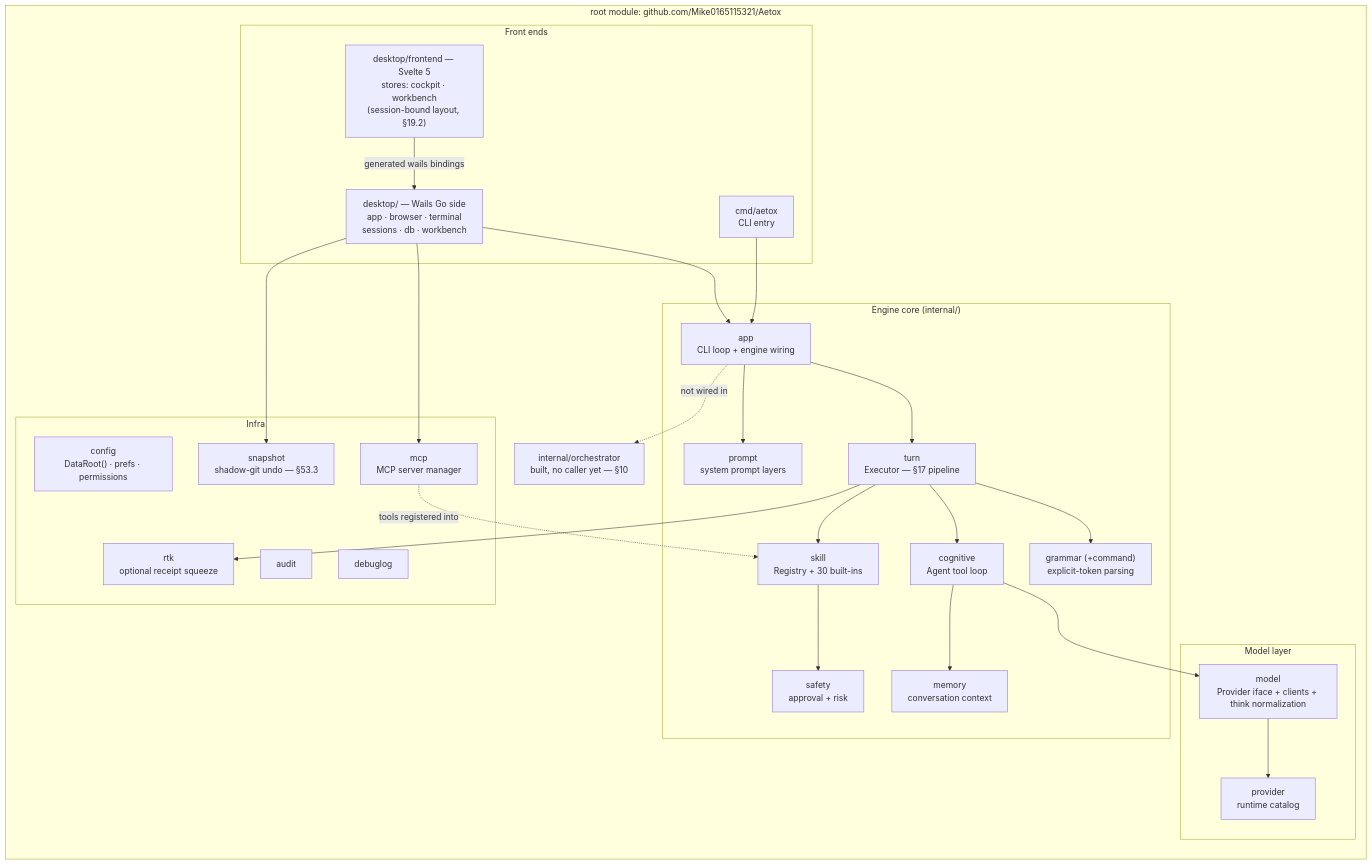
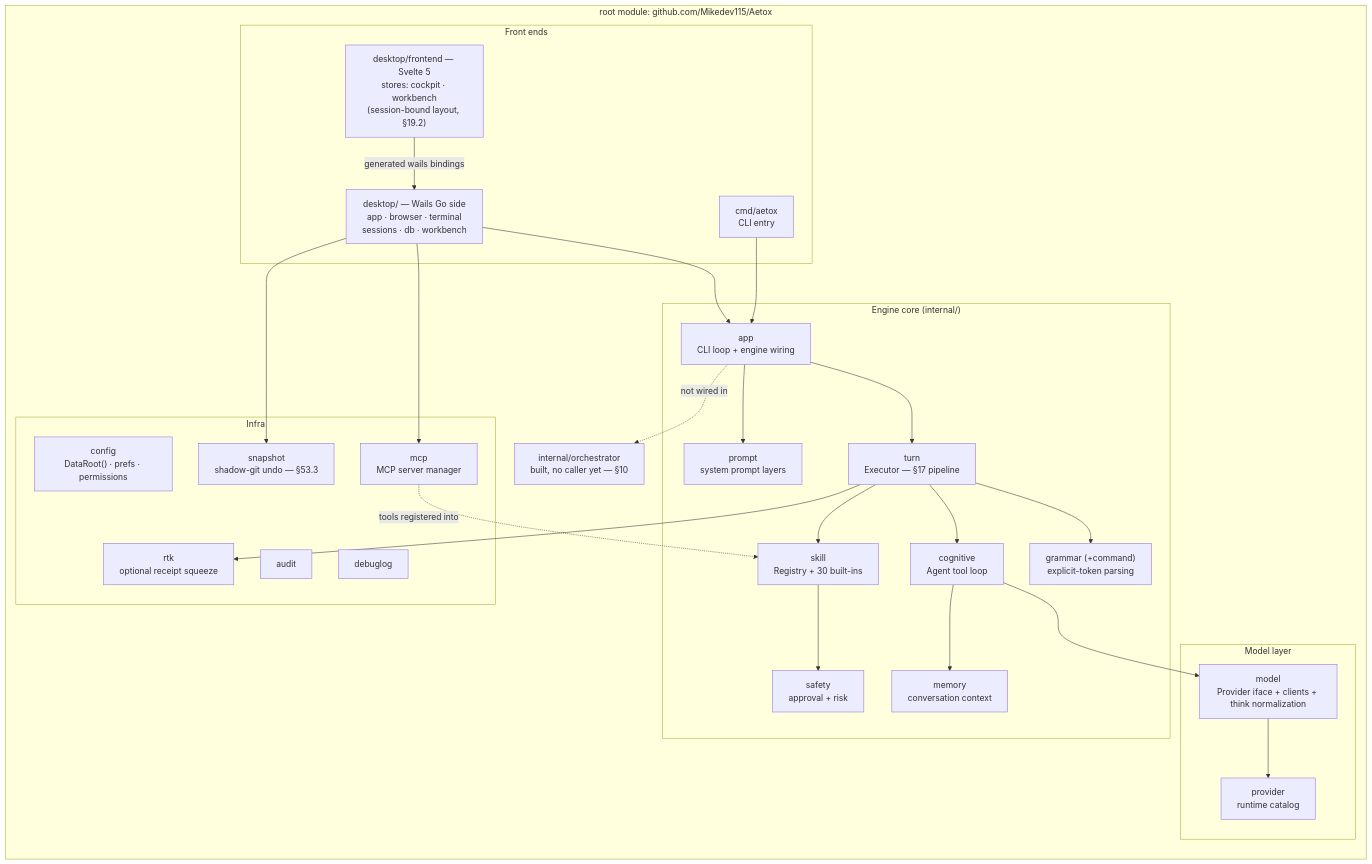
One commit to Mike0165115321/Aetox changed the second of 3 diagrams in ARCHITECTURE.md. Above: the diagram before and after it, drawn with Mermaid. The commit also changed 340 other files, not shown here.

First line of the commit message:
chore(ที่อยู่): ย้ายไป Mikedev115/Aetox ทั้งโปรเจกต์

````diff
--- a/ARCHITECTURE.md
+++ b/ARCHITECTURE.md
@@ -163,53 +163,53 @@
 ```mermaid
 flowchart TB
-    subgraph rootmod["root module: github.com/Mike0165115321/Aetox"]
+    subgraph rootmod["root module: github.com/Mikedev115/Aetox"]
         direction TB
         subgraph fronts["Front ends"]
             cmd["cmd/aetox\nCLI entry"]
             dfe["desktop/frontend — Svelte 5\nstores: cockpit · workbench\n(session-bound layout, §19.2)"]
             dgo["desktop/ — Wails Go side\napp · browser · terminal\nsessions · db · workbench"]
             dfe -->|generated wails bindings| dgo
         end
         subgraph engcore["Engine core (internal/)"]
             app["app\nCLI loop + engine wiring"]
             turn["turn\nExecutor — §17 pipeline"]
             cognitive["cognitive\nAgent tool loop"]
             skill["skill\nRegistry + 30 built-ins"]
             safety["safety\napproval + risk"]
             grammar["grammar (+command)\nexplicit-token parsing"]
             prompt["prompt\nsystem prompt layers"]
             memory["memory\nconversation context"]
         end
         subgraph modellayer["Model layer"]
             model["model\nProvider iface + clients + think normalization"]
             provider["provider\nruntime catalog"]
         end
         subgraph infra["Infra"]
             config["config\nDataRoot() · prefs · permissions"]
             mcp["mcp\nMCP server manager"]
             snapshot["snapshot\nshadow-git undo — §53.3"]
             rtk["rtk\noptional receipt squeeze"]
             audit["audit"]
             debuglog["debuglog"]
         end
         orch["internal/orchestrator\nbuilt, no caller yet — §10"]
 
         cmd --> app
         dgo --> app
         app --> turn
         turn --> grammar
         turn --> cognitive
         turn --> skill
         turn --> rtk
         skill --> safety
         cognitive --> model
         cognitive --> memory
         model --> provider
         app --> prompt
         dgo --> mcp
         dgo --> snapshot
         mcp -.->|tools registered into| skill
         app -.->|not wired in| orch
     end
 
 ```
````
